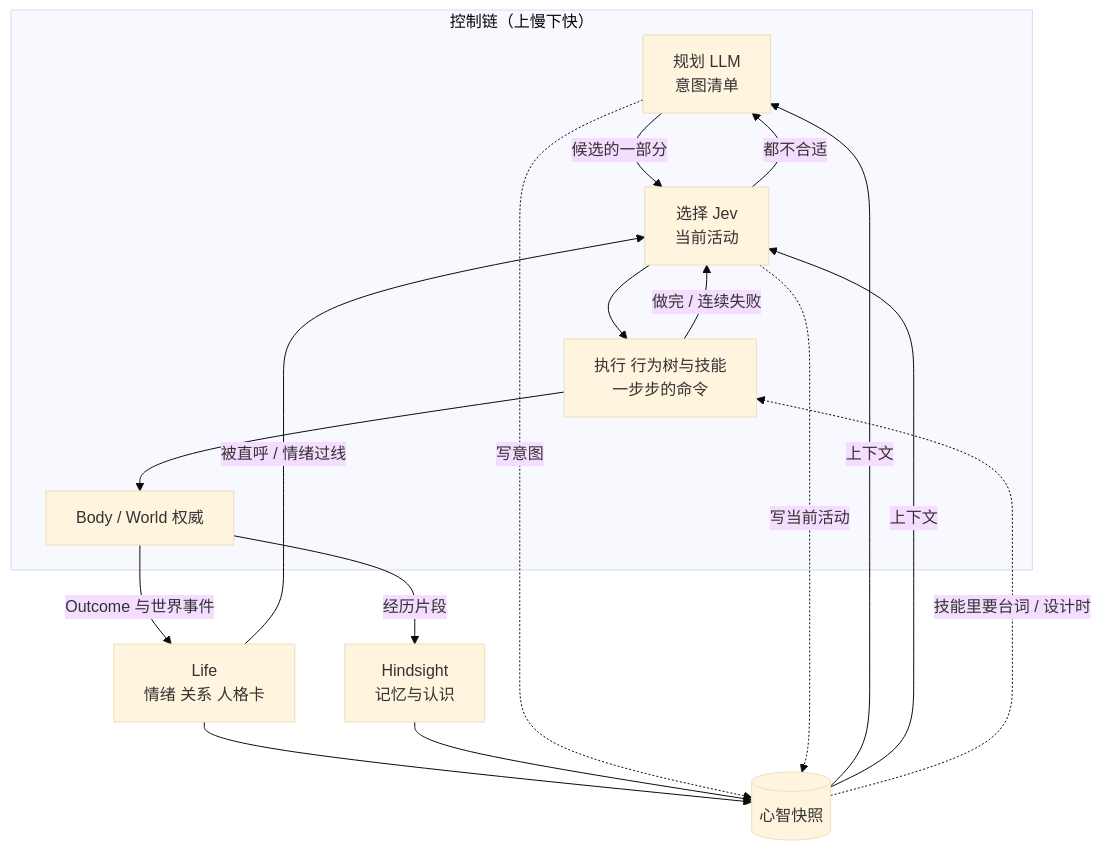
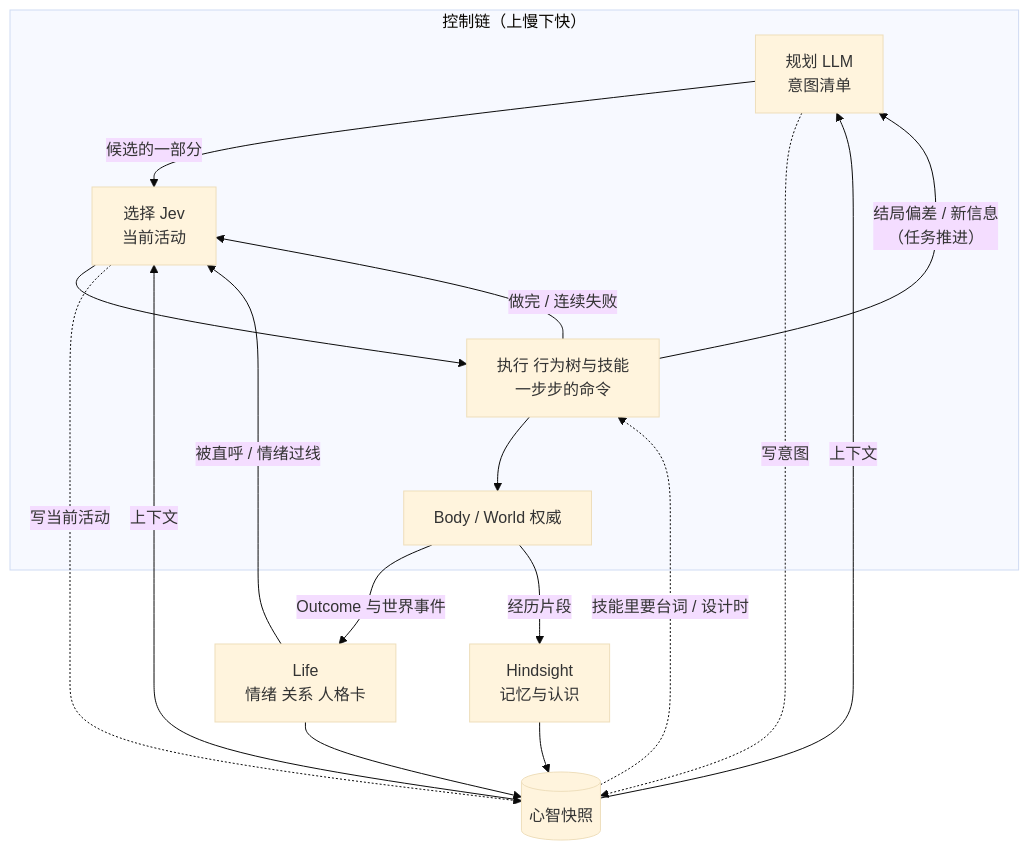
Before and after one commit to dyzdyz010/ex_mmo_cluster: the diagram in docs/10-active/cross-cutting/2026-11-12-npc-architecture-overview.md, drawn with Mermaid (base theme). The commit also changed other lines of this file and 7 other files, not shown here.

````diff
--- a/docs/10-active/cross-cutting/2026-11-12-npc-architecture-overview.md
+++ b/docs/10-active/cross-cutting/2026-11-12-npc-architecture-overview.md
@@ -71,20 +71,20 @@
 ```mermaid
 flowchart TB
   subgraph 控制链["控制链（上慢下快）"]
     P[规划 LLM<br/>意图清单] -->|候选的一部分| S[选择 Jev<br/>当前活动]
     S --> T[执行 行为树与技能<br/>一步步的命令]
     T --> B[Body / World 权威]
   end
   B -->|Outcome 与世界事件| L[Life<br/>情绪 关系 人格卡]
   B -->|经历片段| H[Hindsight<br/>记忆与认识]
   L --> M[(心智快照)]
   H --> M
   P -.写意图.-> M
   S -.写当前活动.-> M
   M -->|上下文| P
   M -->|上下文| S
   M -.技能里要台词 / 设计时.-> T
   T -->|做完 / 连续失败| S
   L -->|被直呼 / 情绪过线| S
-  S -->|都不合适| P
+  T -->|结局偏差 / 新信息<br/>（任务推进）| P
 ```
````
